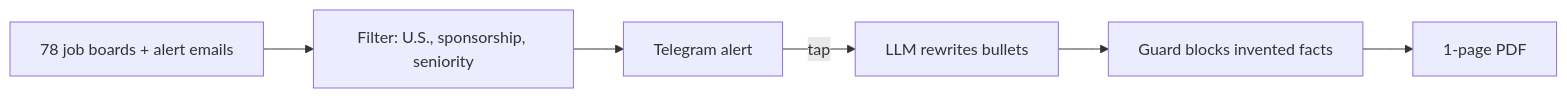
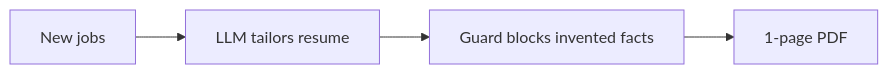
One commit to siri780/resumefit changed the diagram in README.md. Above: the diagram before and after it, drawn with Mermaid. The commit also changed other lines of this file, not shown here.

````diff
--- a/README.md
+++ b/README.md
@@ -14,8 +6,6 @@
 ```mermaid
 flowchart LR
-    A[78 job boards + alert emails] --> B[Filter: U.S., sponsorship, seniority]
-    B --> C[Telegram alert]
-    C -->|tap| D[LLM rewrites bullets]
-    D --> E[Guard blocks invented facts]
-    E --> F[1-page PDF]
+    A[New jobs] --> B[LLM tailors resume]
+    B --> C[Guard blocks invented facts]
+    C --> D[1-page PDF]
 ```
````
